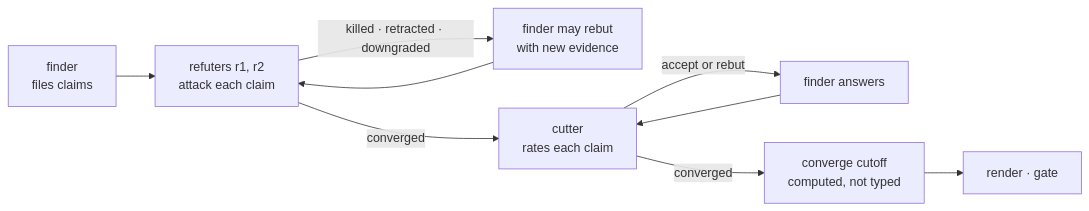
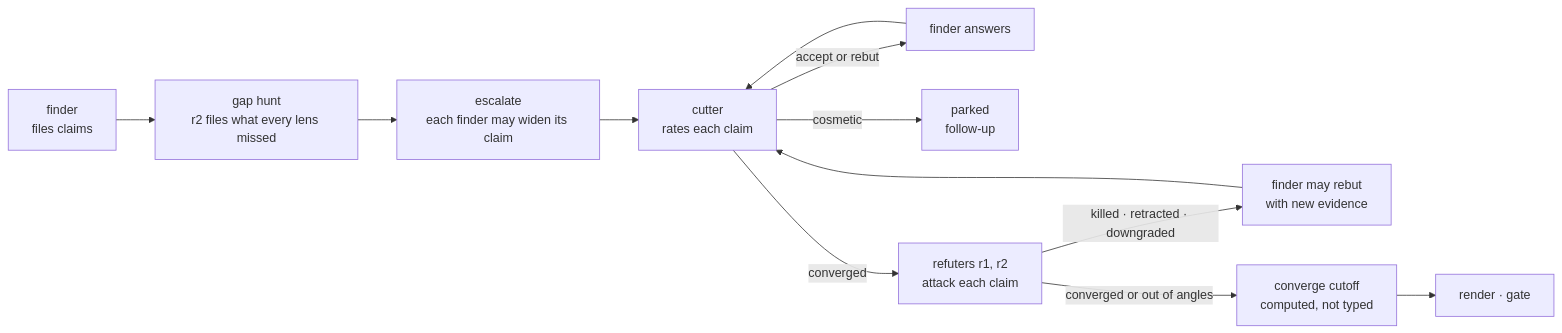
One commit to vancsj/bootgear changed the diagram in plugins/converge/README.md. Above: the diagram before and after it, drawn with Mermaid. The commit also changed other lines of this file and 45 other files, not shown here.

````diff
--- a/plugins/converge/README.md
+++ b/plugins/converge/README.md
@@ -17,11 +17,14 @@
 ```mermaid
 flowchart LR
-    F["finder<br/>files claims"] --> R["refuters r1, r2<br/>attack each claim"]
-    R -->|"killed · retracted · downgraded"| RB["finder may rebut<br/>with new evidence"]
-    RB --> R
-    R -->|"converged"| C["cutter<br/>rates each claim"]
+    F["finder<br/>files claims"] --> G["gap hunt<br/>r2 files what every lens missed"]
+    G --> E["escalate<br/>each finder may widen its claim"]
+    E --> C["cutter<br/>rates each claim"]
     C -->|"accept or rebut"| F2["finder answers"]
     F2 --> C
-    C -->|"converged"| X["converge cutoff<br/>computed, not typed"]
+    C -->|"cosmetic"| P["parked<br/>follow-up"]
+    C -->|"converged"| R["refuters r1, r2<br/>attack each claim"]
+    R -->|"killed · retracted · downgraded"| RB["finder may rebut<br/>with new evidence"]
+    RB --> C
+    R -->|"converged or out of angles"| X["converge cutoff<br/>computed, not typed"]
     X --> O["render · gate"]
 ```
````
